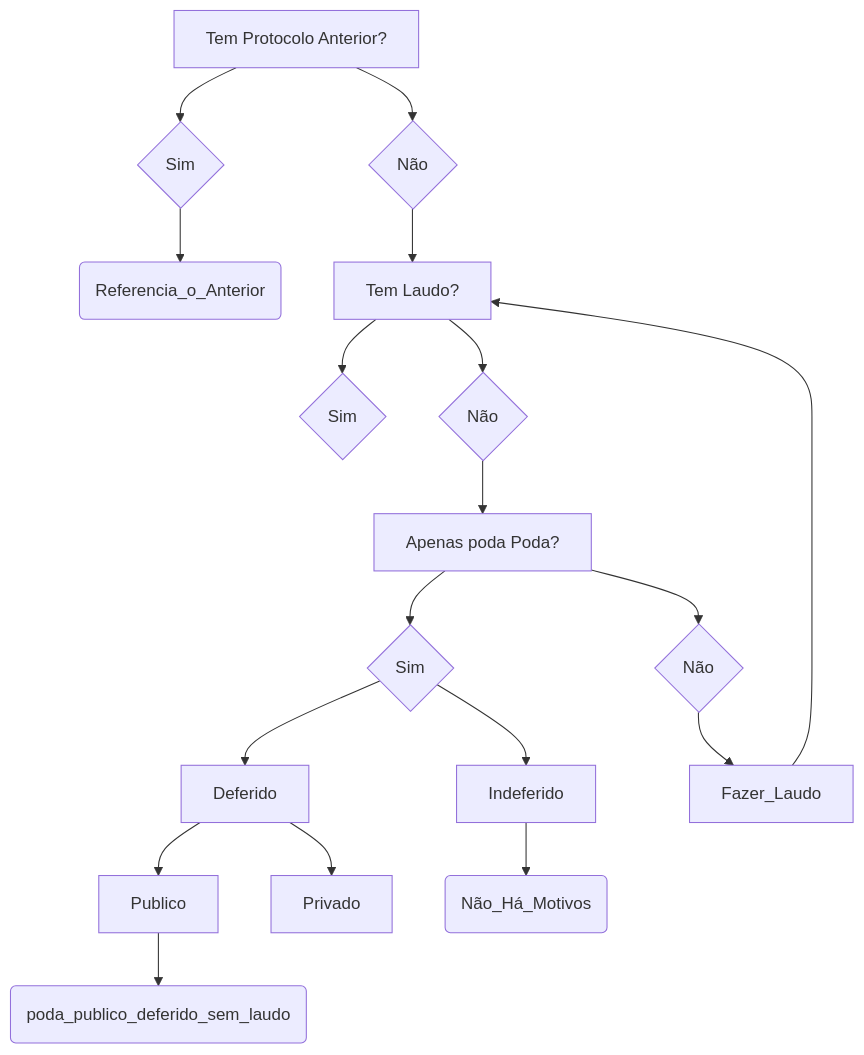
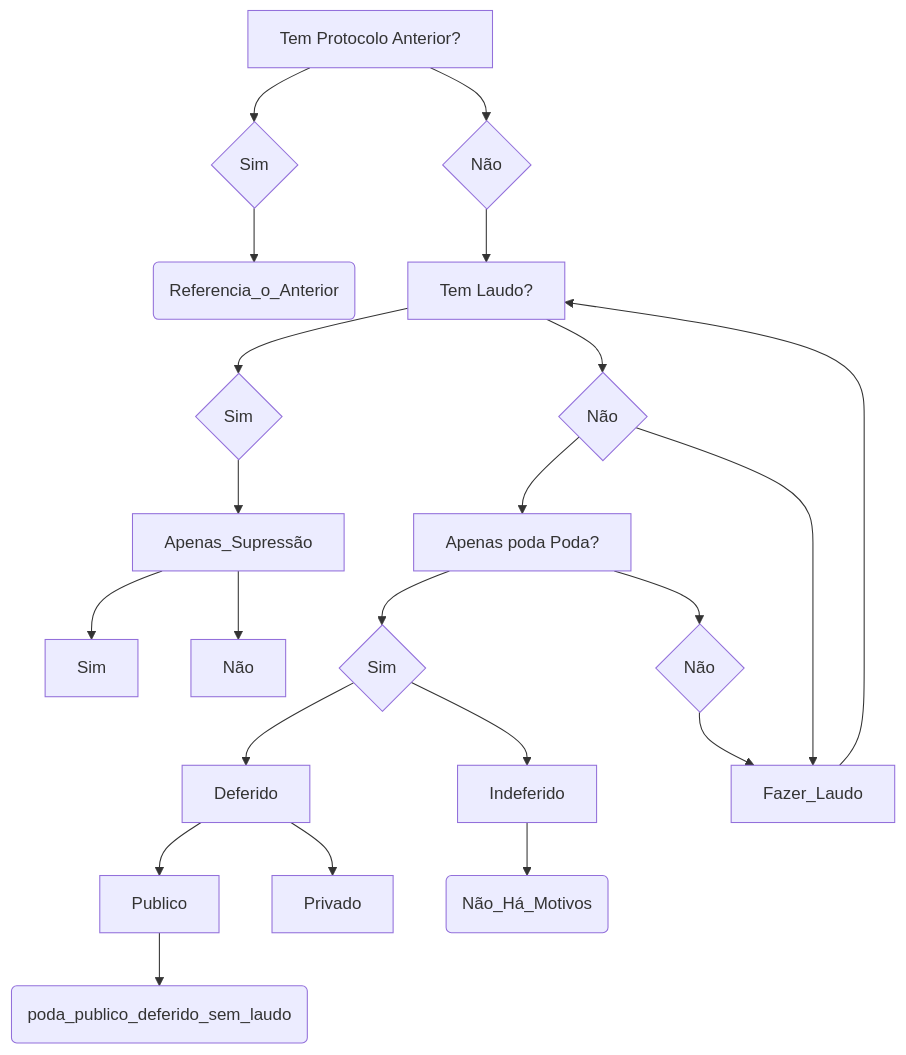
Before and after one commit to carloslocatellij/applications: the diagram in Viveiro_Analises/Fluxograma_Despacho.md, drawn with Mermaid.

Commit message:
fluxograma e remoção da tabela de variáveis por ser desnecessária

````diff
--- a/Viveiro_Analises/Fluxograma_Despacho.md
+++ b/Viveiro_Analises/Fluxograma_Despacho.md
@@ -7,34 +7,41 @@
 ```mermaid
 graph TD
 
 a0[Tem Protocolo Anterior?]
 
 a0 --> S0{Sim}
 a0 --> N0{Não}
 S0 --> Ref_Anterior(Referencia_o_Anterior)
 N0 --> 0
 
 0[Tem Laudo?]
 0 --> S1{Sim}
 0 --> N1{Não}
 
 N1 --> poda0[Apenas poda Poda?]
 
 poda0 --> S2{Sim}
 poda0 --> N2{Não}
-N2 --> Fazer_Laudo --> 0
+N1 --> Fazer_Laudo
+Fazer_Laudo --> 0
 
-S2 --> Deferido
-S2 --> Indeferido
+S2 --> def1[Deferido]
+S2 --> indef1[Indeferido]
 
-Deferido -->  Publico
-Deferido -->  Privado
+def1 -->  pub1[Publico]
+def1 -->  priv1[Privado]
 
-Indeferido --> Ind1(Não_Há_Motivos)
+indef1 --> Ind1(Não_Há_Motivos)
+pub1 --> n0n1s2pubDef(poda_publico_deferido_sem_laudo)
 
 
-Publico --> n0n1s2pubDef(poda_publico_deferido_sem_laudo)
+N2 --> Fazer_Laudo
+
+S1 --> Apenas_Supressão
+
+Apenas_Supressão --> S3[Sim]
+Apenas_Supressão --> N3[Não]
 
 
 
 ```
````
